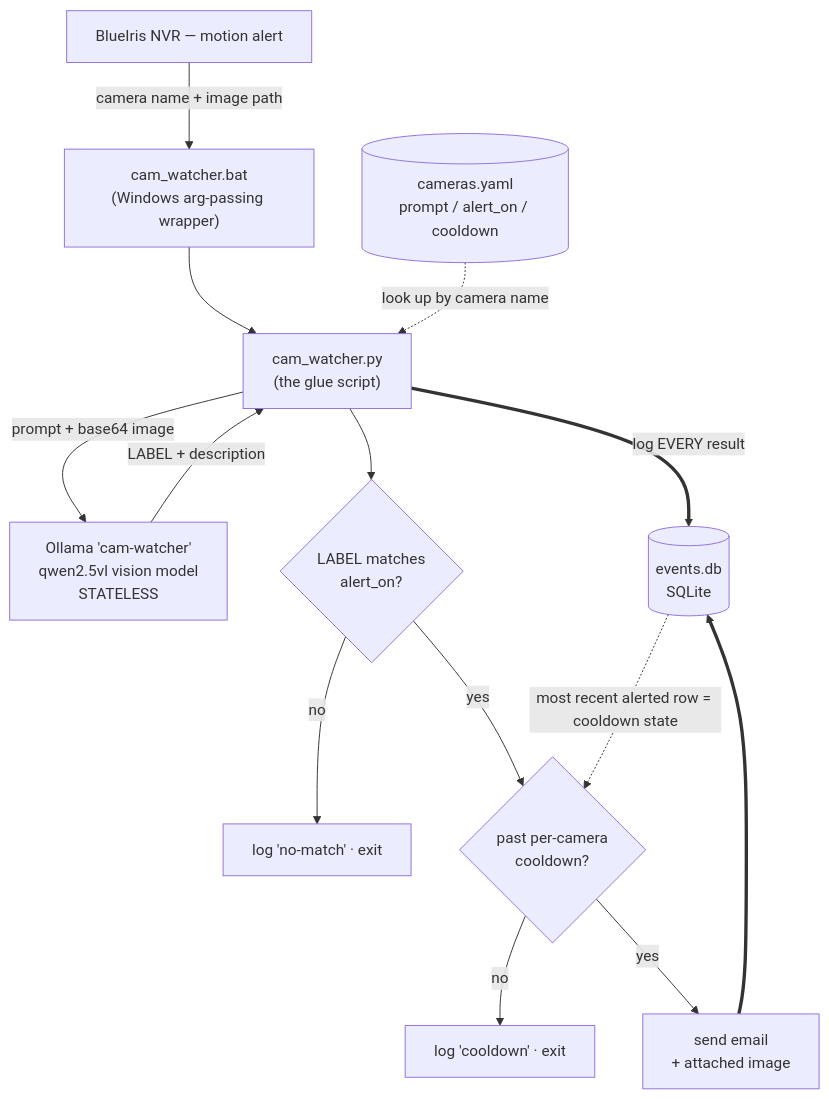
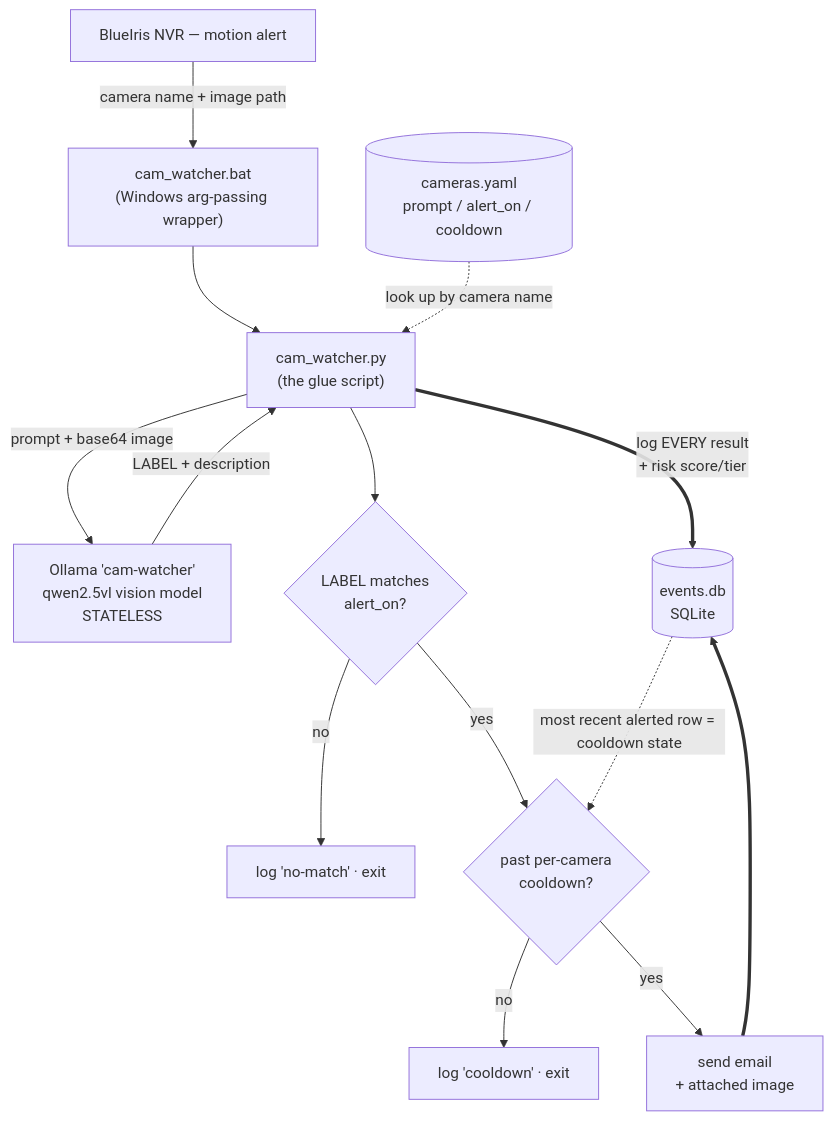
Before and after one commit to heathda/watch-my-door: the diagram in README.md, drawn with Mermaid. The commit also changed other lines of this file and 10 other files, not shown here.

````diff
--- a/README.md
+++ b/README.md
@@ -25,16 +25,16 @@
 ```mermaid
 flowchart TD
     BI["BlueIris NVR — motion alert"] -->|"camera name + image path"| BAT["cam_watcher.bat<br/>(Windows arg-passing wrapper)"]
     BAT --> PY["cam_watcher.py<br/>(the glue script)"]
     CFG[("cameras.yaml<br/>prompt / alert_on / cooldown")] -. "look up by camera name" .-> PY
     PY -->|"prompt + base64 image"| OLL["Ollama 'cam-watcher'<br/>qwen2.5vl vision model<br/>STATELESS"]
     OLL -->|"LABEL + description"| PY
-    PY ==>|"log EVERY result"| DB[("events.db<br/>SQLite")]
+    PY ==>|"log EVERY result<br/>+ risk score/tier"| DB[("events.db<br/>SQLite")]
     PY --> DEC{"LABEL matches<br/>alert_on?"}
     DEC -->|no| X1["log 'no-match' · exit"]
     DEC -->|yes| CD{"past per-camera<br/>cooldown?"}
     CD -->|no| X2["log 'cooldown' · exit"]
     CD -->|yes| EM["send email<br/>+ attached image"]
     EM ==> DB
     DB -. "most recent alerted row = cooldown state" .-> CD
 ```
````
